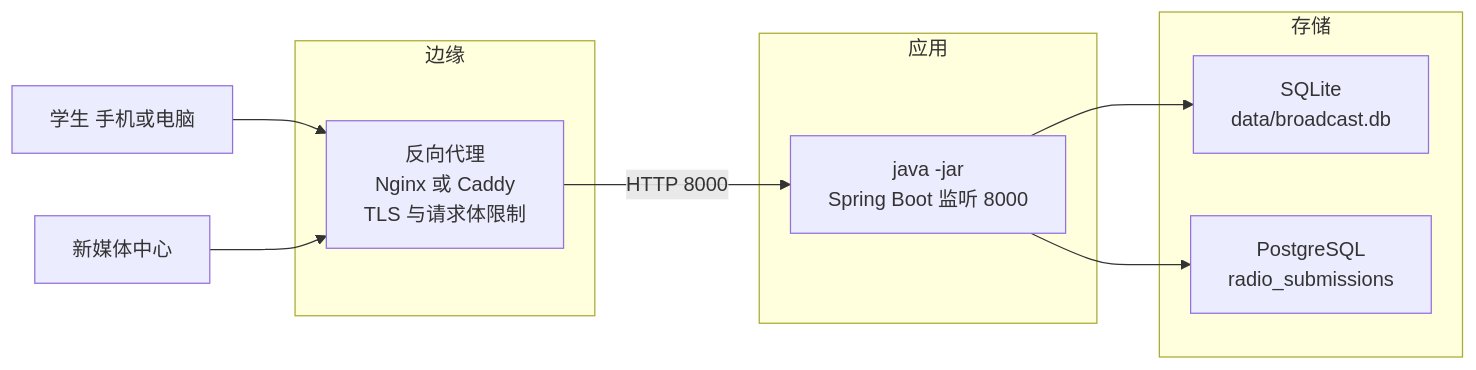
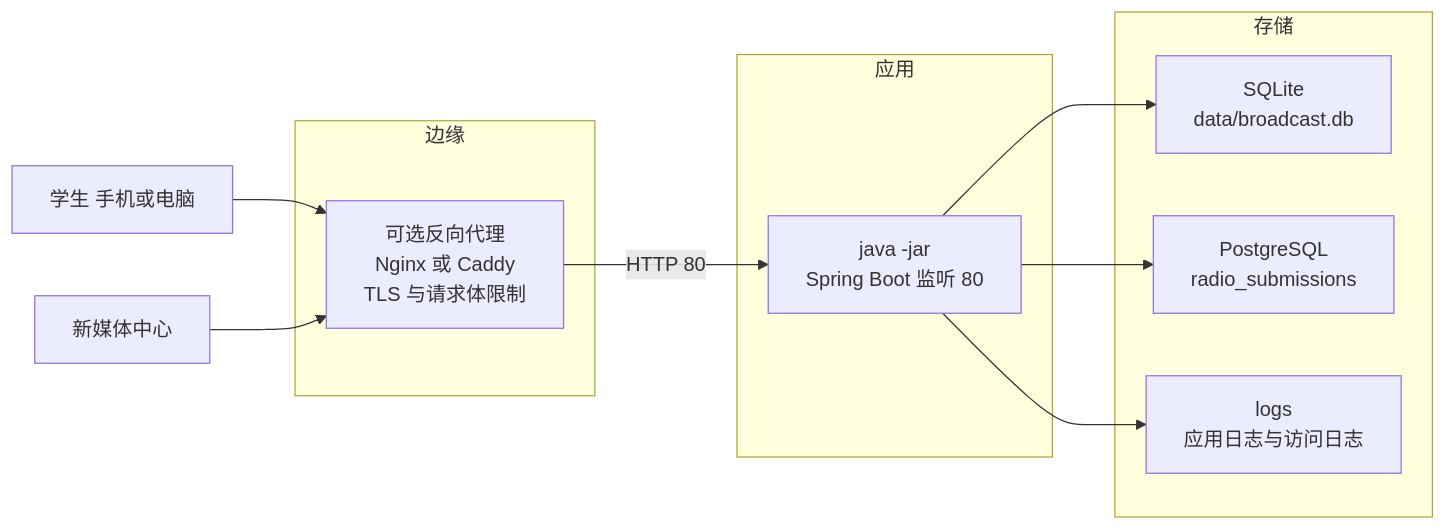
One commit to xHua0904/cczx-RadioStation changed the ninth of 11 diagrams in README.md. Above: the diagram before and after it, drawn with Mermaid. The commit also changed other lines of this file and 36 other files, not shown here.

````diff
--- a/README.md
+++ b/README.md
@@ -544,18 +597,20 @@
 ```mermaid
 flowchart LR
     U1["学生 手机或电脑"] --> RP
     U2["新媒体中心"] --> RP
     subgraph EDGE["边缘"]
-        RP["反向代理<br/>Nginx 或 Caddy<br/>TLS 与请求体限制"]
+        RP["可选反向代理<br/>Nginx 或 Caddy<br/>TLS 与请求体限制"]
     end
     subgraph APPZ["应用"]
-        J["java -jar<br/>Spring Boot 监听 8000"]
+        J["java -jar<br/>Spring Boot 监听 80"]
     end
     subgraph STORE["存储"]
         SQ["SQLite<br/>data/broadcast.db"]
         PG["PostgreSQL<br/>radio_submissions"]
+        LG["logs<br/>应用日志与访问日志"]
     end
-    RP -->|"HTTP 8000"| J
+    RP -->|"HTTP 80"| J
     J --> SQ
     J --> PG
+    J --> LG
 ```
````
